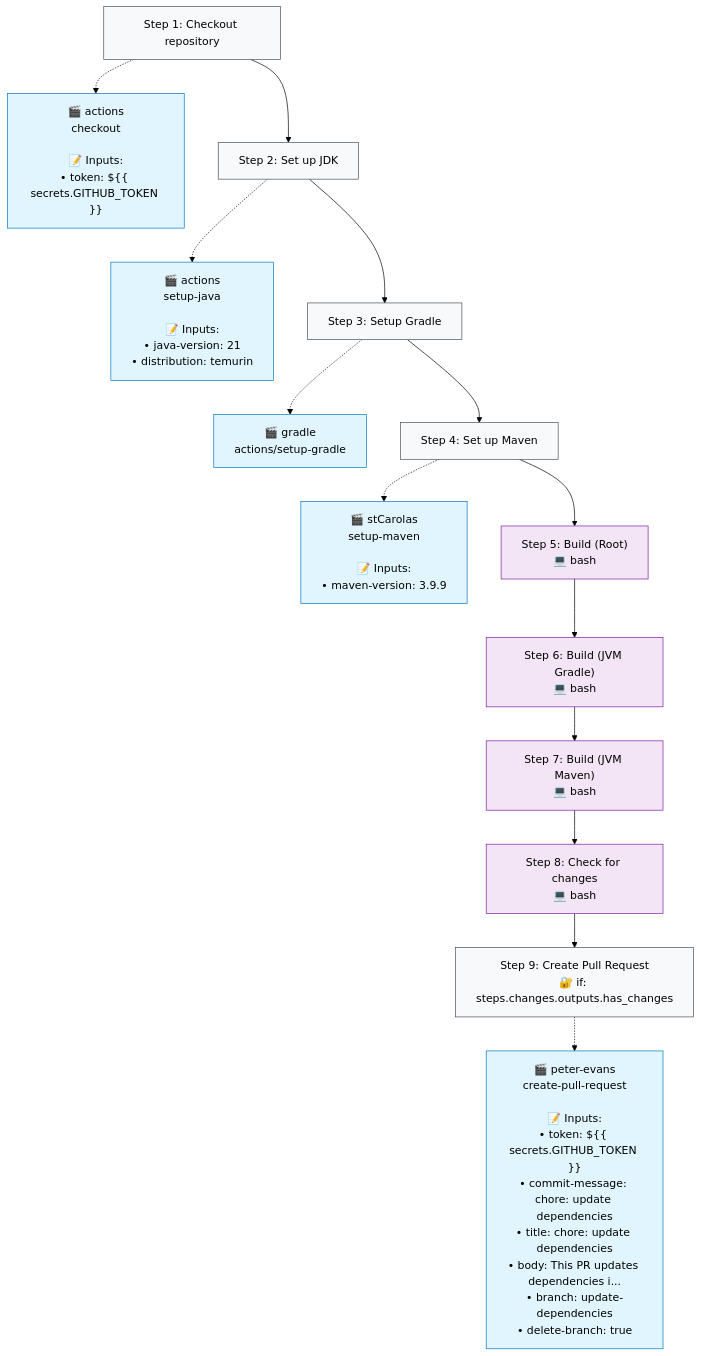
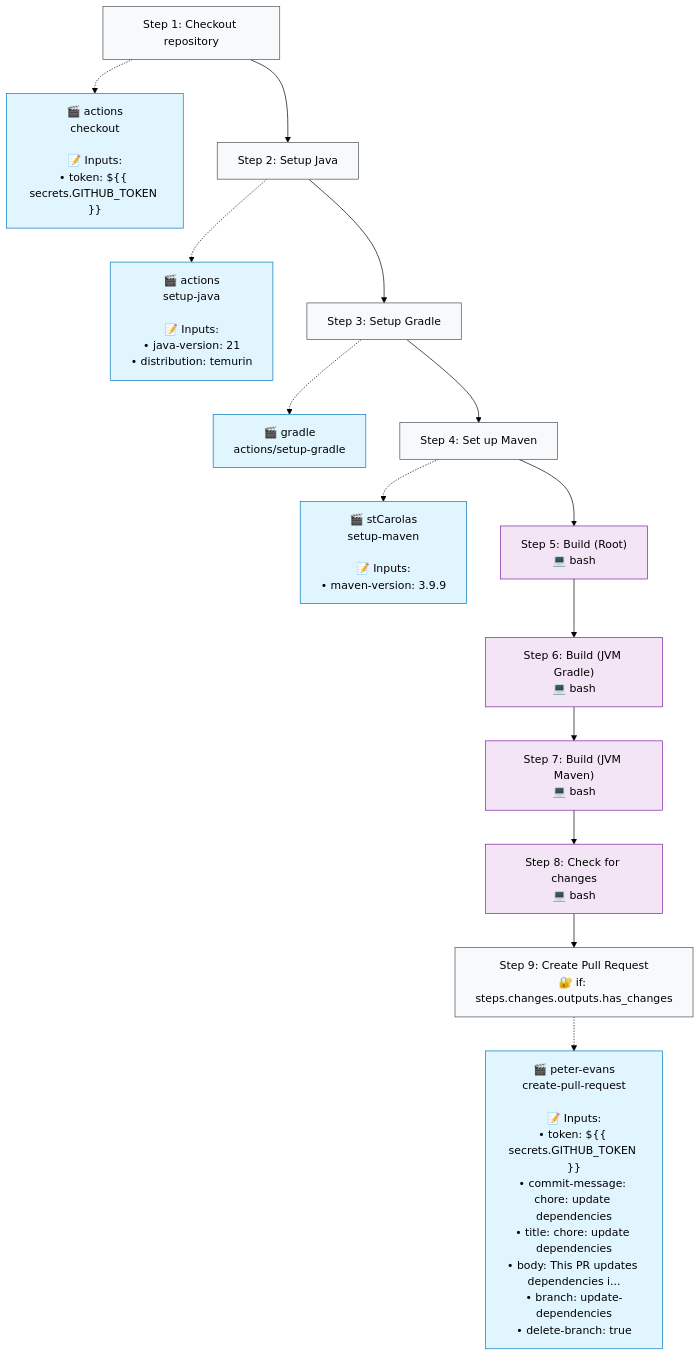
Before and after one commit to typeflows/typeflows: the second of 2 diagrams in .github/typeflows/update-dependencies/README.md, drawn with Mermaid (forest theme). The commit also changed 2 other files, not shown here.

Commit message:
Upgrade typeflows

````diff
--- a/.github/typeflows/update-dependencies/README.md
+++ b/.github/typeflows/update-dependencies/README.md
@@ -23,45 +23,45 @@
 ```mermaid
 %%{init: {"flowchart": {"curve": "basis"}}}%%
 flowchart TD
     step1["Step 1: Checkout repository"]
     style step1 fill:#f8f9fa,stroke:#495057
     action1["🎬 actions<br/>checkout<br/><br/>📝 Inputs:<br/>• token: ${{ secrets.GITHUB_TOKEN }}"]
     style action1 fill:#e1f5fe,stroke:#0277bd
     step1 -.-> action1
-    step2["Step 2: Set up JDK"]
+    step2["Step 2: Setup Java"]
     style step2 fill:#f8f9fa,stroke:#495057
     action2["🎬 actions<br/>setup-java<br/><br/>📝 Inputs:<br/>• java-version: 21<br/>• distribution: temurin"]
     style action2 fill:#e1f5fe,stroke:#0277bd
     step2 -.-> action2
     step1 --> step2
     step3["Step 3: Setup Gradle"]
     style step3 fill:#f8f9fa,stroke:#495057
     action3["🎬 gradle<br/>actions/setup-gradle"]
     style action3 fill:#e1f5fe,stroke:#0277bd
     step3 -.-> action3
     step2 --> step3
     step4["Step 4: Set up Maven"]
     style step4 fill:#f8f9fa,stroke:#495057
     action4["🎬 stCarolas<br/>setup-maven<br/><br/>📝 Inputs:<br/>• maven-version: 3.9.9"]
     style action4 fill:#e1f5fe,stroke:#0277bd
     step4 -.-> action4
     step3 --> step4
     step5["Step 5: Build (Root)<br/>💻 bash"]
     style step5 fill:#f3e5f5,stroke:#7b1fa2
     step4 --> step5
     step6["Step 6: Build (JVM Gradle)<br/>💻 bash"]
     style step6 fill:#f3e5f5,stroke:#7b1fa2
     step5 --> step6
     step7["Step 7: Build (JVM Maven)<br/>💻 bash"]
     style step7 fill:#f3e5f5,stroke:#7b1fa2
     step6 --> step7
     step8["Step 8: Check for changes<br/>💻 bash"]
     style step8 fill:#f3e5f5,stroke:#7b1fa2
     step7 --> step8
     step9["Step 9: Create Pull Request<br/>🔐 if: steps.changes.outputs.has_changes"]
     style step9 fill:#f8f9fa,stroke:#495057
     action9["🎬 peter-evans<br/>create-pull-request<br/><br/>📝 Inputs:<br/>• token: ${{ secrets.GITHUB_TOKEN }}<br/>• commit-message: chore: update dependencies<br/>• title: chore: update dependencies<br/>• body: This PR updates dependencies i...<br/>• branch: update-dependencies<br/>• delete-branch: true"]
     style action9 fill:#e1f5fe,stroke:#0277bd
     step9 -.-> action9
     step8 --> step9
 ```
````
